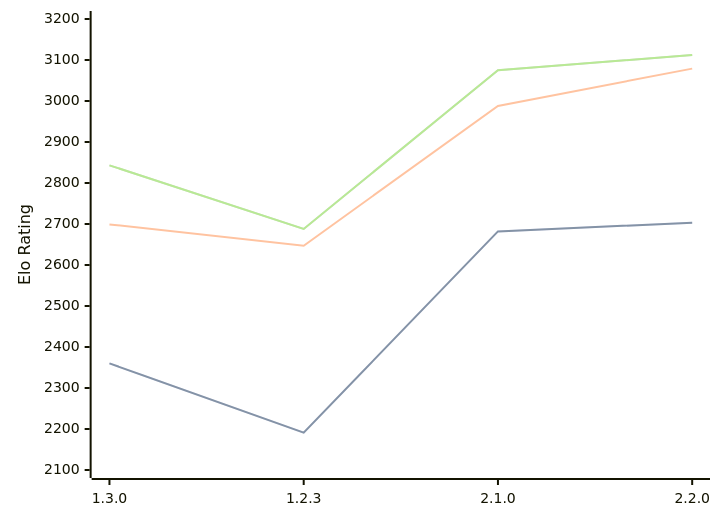
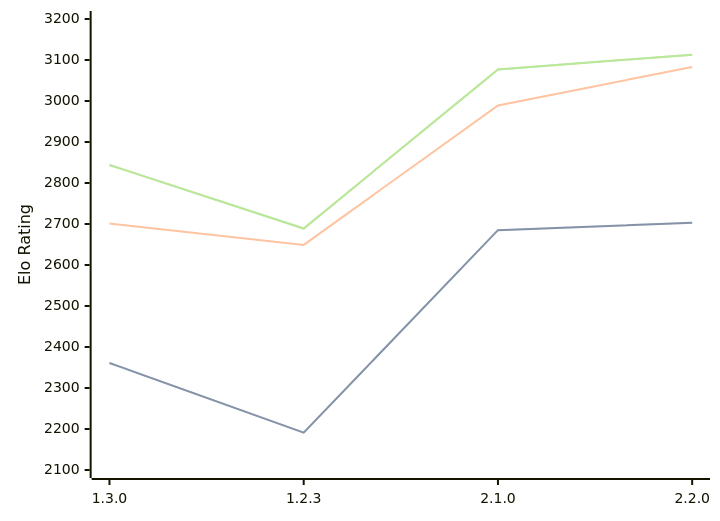
The diagram in engines/Aspen.md (computer-chess-index/cci), drawn with Mermaid before and after one commit. The commit also changed other lines of this file, not shown here.

Commit message:
Update CCI Ratings (ELO VLTC) - 2026-09-01

````diff
--- a/engines/Aspen.md
+++ b/engines/Aspen.md
@@ -43,11 +43,11 @@
 ```mermaid
 %%{init: {"theme":"base","themeVariables":{"seriesColors:['#a3a3a3','#222221','#faa371']}}}%%
 xychart-beta
   x-axis ["1.3.0", "1.2.3", "2.1.0", "2.2.0"]
   y-axis "Elo Rating" 2100 --> 3200
-  line "" [2360, 2191, 2682, 2703]
-  line "STC (8.0+0.08s)" [2360, 2191, 2682, 2703]
-  line "LTC (60.0+0.60s)" [2699, 2647, 2988, 3079]
-  line "" [2843, 2688, 3075, 3112]
-  line "VLTC (2m24s+1.12s)" [2843, 2688, 3075, 3112]
+  line "" [2361, 2191, 2685, 2703]
+  line "STC (8.0+0.08s)" [2361, 2191, 2685, 2703]
+  line "LTC (60.0+0.60s)" [2701, 2649, 2989, 3083]
+  line "" [2844, 2689, 3077, 3113]
+  line "VLTC (2m24s+1.12s)" [2844, 2689, 3077, 3113]
 ```
````
